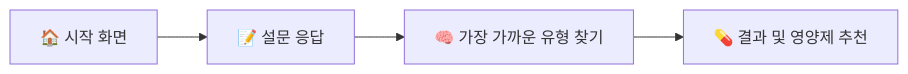
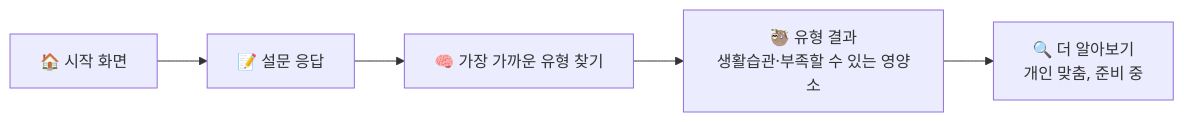
One commit to BigskyYang/Matchum changed the second of 2 diagrams in README.md. Above: the diagram before and after it, drawn with Mermaid. The commit also changed other lines of this file and 7 other files, not shown here.

````diff
--- a/README.md
+++ b/README.md
@@ -41,4 +43,4 @@
 ```mermaid
 flowchart LR
-    A[🏠 시작 화면] --> B[📝 설문 응답] --> C[🧠 가장 가까운 유형 찾기] --> D[💊 결과 및 영양제 추천]
+    A[🏠 시작 화면] --> B[📝 설문 응답] --> C[🧠 가장 가까운 유형 찾기] --> D[🦥 유형 결과<br>생활습관·부족할 수 있는 영양소] --> E[🔍 더 알아보기<br>개인 맞춤, 준비 중]
 ```
````
